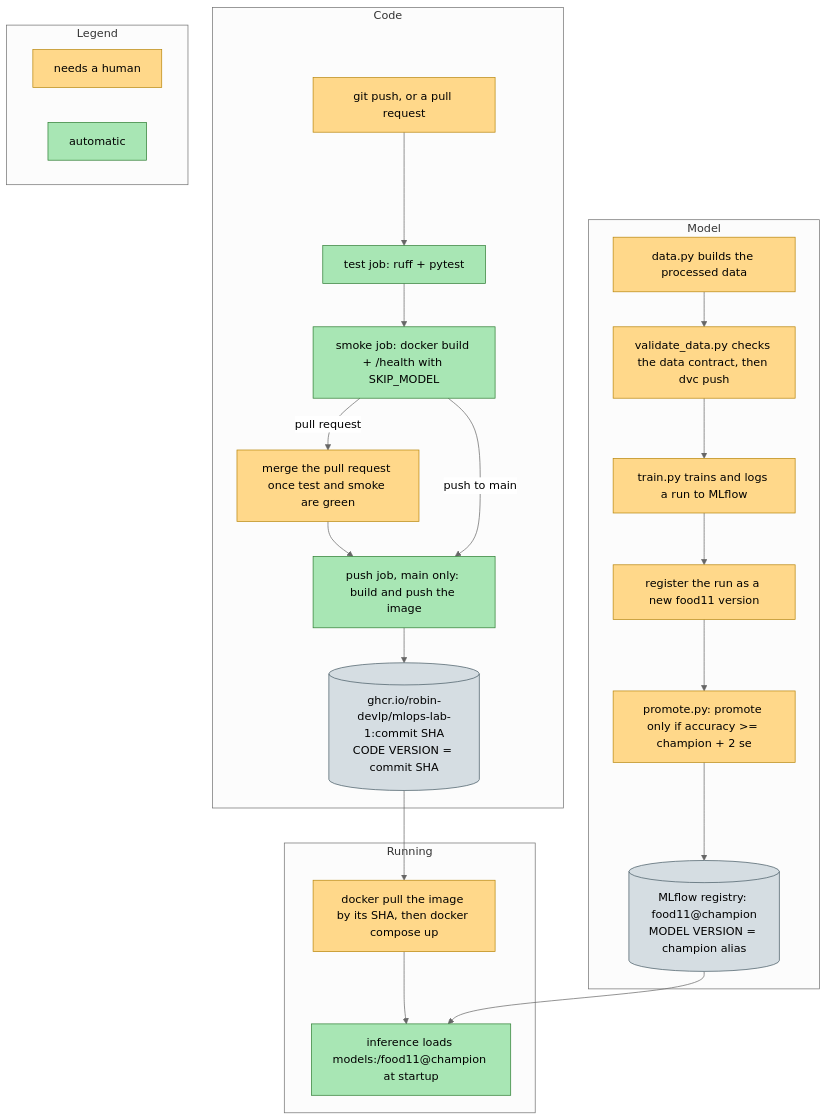
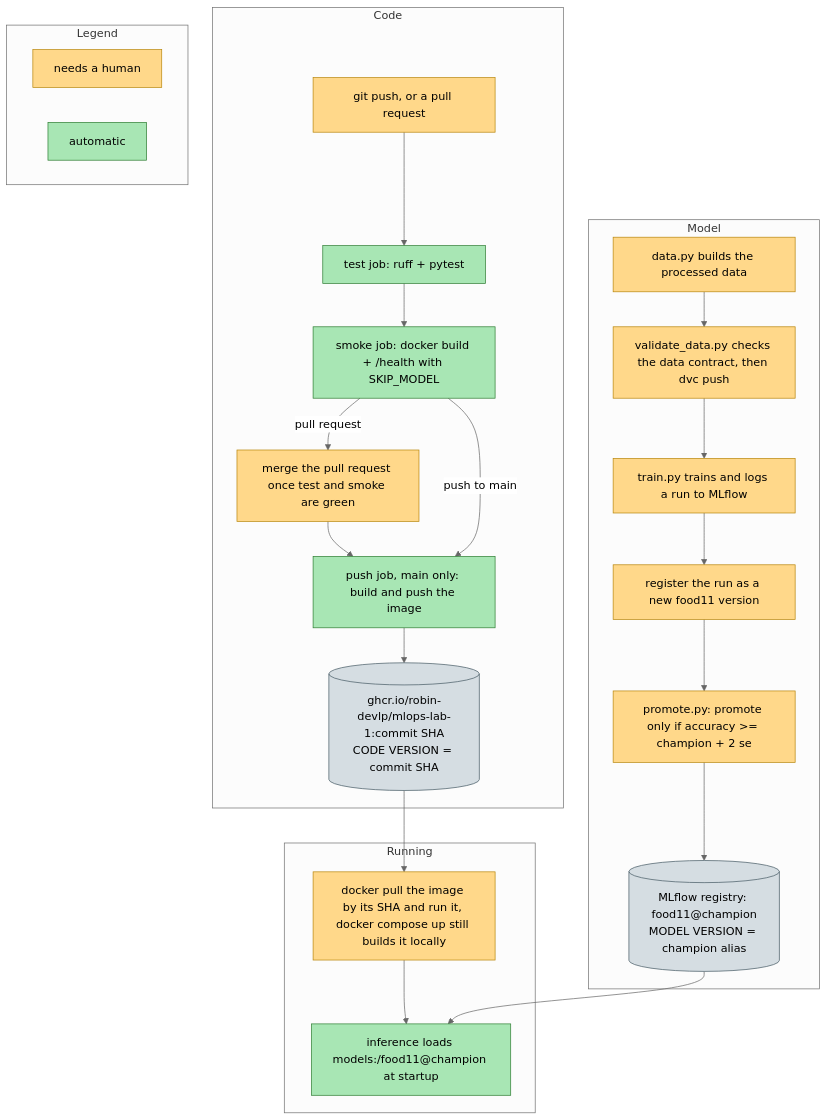
One commit to Robin-devlp/mlops-lab-1 changed the diagram in LAB5_ANSWERS.md. Above: the diagram before and after it, drawn with Mermaid (neutral theme). The commit also changed other lines of this file, not shown here.

Commit message:
answers for lab 5

````diff
--- a/LAB5_ANSWERS.md
+++ b/LAB5_ANSWERS.md
@@ -65,42 +65,42 @@
 ```mermaid
 flowchart TD
     classDef human fill:#ffd88a,stroke:#b8860b,color:#000
     classDef auto fill:#a8e6b4,stroke:#2e7d32,color:#000
     classDef store fill:#d5dde2,stroke:#455a64,color:#000
 
     subgraph CODE["Code"]
         commit["git push, or a pull request"]:::human
         test["test job: ruff + pytest"]:::auto
         smoke["smoke job: docker build + /health with SKIP_MODEL"]:::auto
         merge["merge the pull request once test and smoke are green"]:::human
         publish["push job, main only: build and push the image"]:::auto
         image[("ghcr.io/robin-devlp/mlops-lab-1:commit SHA<br/>CODE VERSION = commit SHA")]:::store
     end
 
     subgraph MODEL["Model"]
         prep["data.py builds the processed data"]:::human
         validate["validate_data.py checks the data contract, then dvc push"]:::human
         train["train.py trains and logs a run to MLflow"]:::human
         register["register the run as a new food11 version"]:::human
         gate["promote.py: promote only if accuracy >= champion + 2 se"]:::human
         registry[("MLflow registry: food11@champion<br/>MODEL VERSION = champion alias")]:::store
     end
 
     subgraph RUN["Running"]
-        deploy["docker pull the image by its SHA, then docker compose up"]:::human
+        deploy["docker pull the image by its SHA and run it, docker compose up still builds it locally"]:::human
         serve["inference loads models:/food11@champion at startup"]:::auto
     end
 
     commit --> test --> smoke
     smoke -- pull request --> merge --> publish
     smoke -- push to main --> publish
     publish --> image
     prep --> validate --> train --> register --> gate --> registry
     image --> deploy --> serve
     registry --> serve
 
     subgraph LEGEND["Legend"]
         h["needs a human"]:::human
         a["automatic"]:::auto
     end
 ```
````
